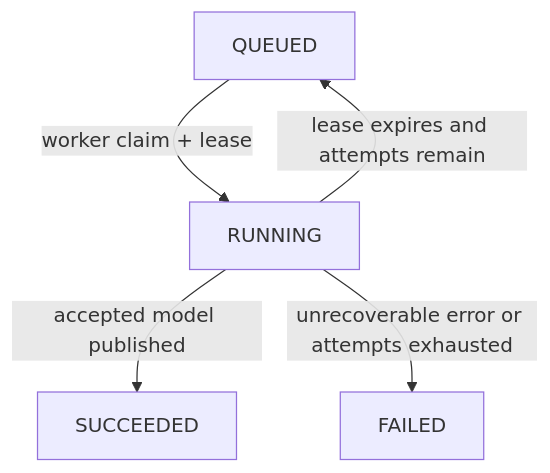
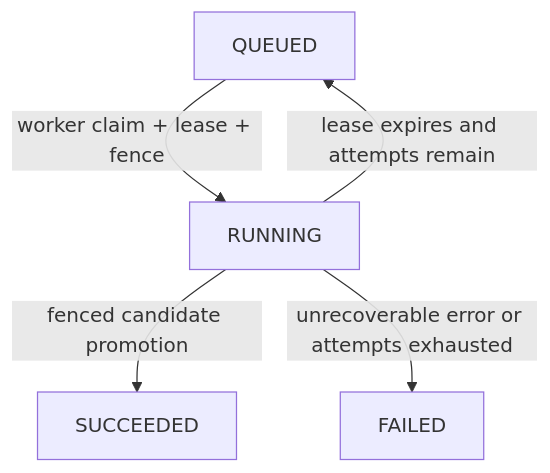
The second of 2 diagrams in README.md (BackendArchitectX/networksecurity), drawn with Mermaid before and after one commit. The commit also changed other lines of this file, not shown here.

````diff
--- a/README.md
+++ b/README.md
@@ -122,7 +124,7 @@
 ```mermaid
 flowchart TB
-    Q["QUEUED"] -->|worker claim + lease| R["RUNNING"]
-    R -->|accepted model published| S["SUCCEEDED"]
+    Q["QUEUED"] -->|worker claim + lease + fence| R["RUNNING"]
+    R -->|fenced candidate promotion| S["SUCCEEDED"]
     R -->|unrecoverable error or attempts exhausted| F["FAILED"]
     R -->|lease expires and attempts remain| Q
 ```
````
